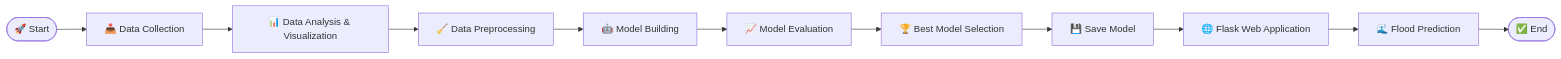
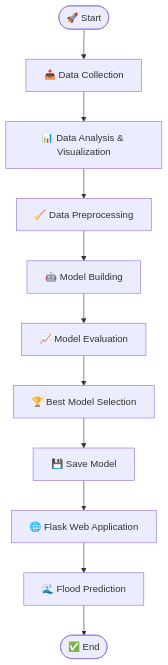
Before and after one commit to Vanithasri83413/Rising-Waters: the diagram in Project_Flow.md, drawn with Mermaid.

````diff
--- a/Project_Flow.md
+++ b/Project_Flow.md
@@ -1,16 +1,16 @@
 ```mermaid
-flowchart LR
+flowchart TB
     A([🚀 Start])
     B[📥 Data Collection]
     C[📊 Data Analysis & Visualization]
     D[🧹 Data Preprocessing]
     E[🤖 Model Building]
     F[📈 Model Evaluation]
     G[🏆 Best Model Selection]
     H[💾 Save Model]
     I[🌐 Flask Web Application]
     J[🌊 Flood Prediction]
     K([✅ End])
 
     A --> B --> C --> D --> E --> F --> G --> H --> I --> J --> K
 ```
````
